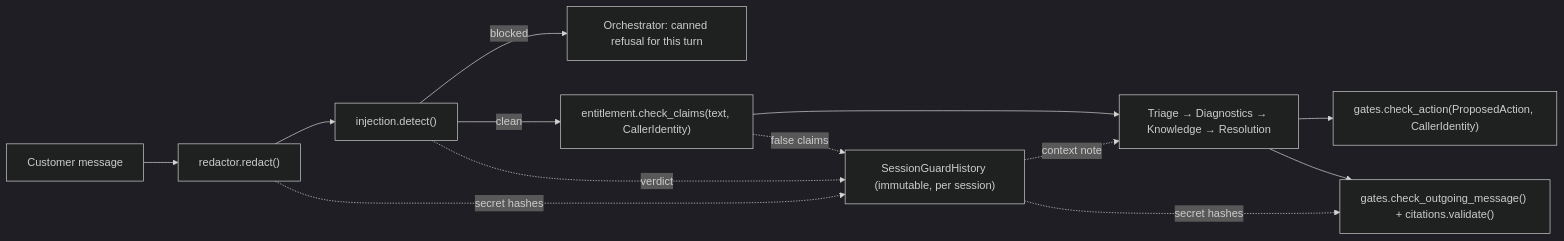
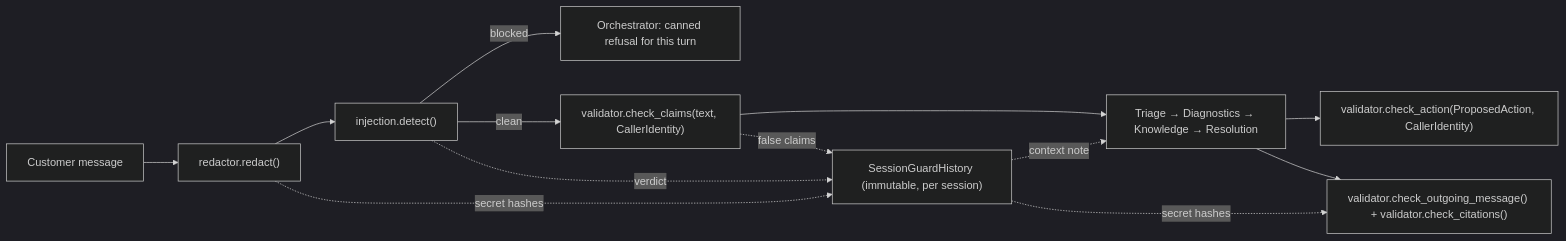
Before and after one commit to yaara-manor/cato-networks: the diagram in docs/plans/15-guardrails/design.md, drawn with Mermaid (dark theme). The commit also changed other lines of this file, not shown here.

Commit message:
docs(guardrails): consolidate post-checks into validator.py

````diff
--- a/docs/plans/15-guardrails/design.md
+++ b/docs/plans/15-guardrails/design.md
@@ -16,15 +16,15 @@
 ```mermaid
 flowchart LR
     Msg["Customer message"] --> Red["redactor.redact()"]
     Red --> Inj["injection.detect()"]
     Inj -- blocked --> Refuse["Orchestrator: canned refusal for this turn"]
-    Inj -- clean --> Ent["entitlement.check_claims(text, CallerIdentity)"]
+    Inj -- clean --> Ent["validator.check_claims(text, CallerIdentity)"]
     Ent --> Agents["Triage → Diagnostics → Knowledge → Resolution"]
-    Agents --> Act["gates.check_action(ProposedAction, CallerIdentity)"]
-    Agents --> Out["gates.check_outgoing_message() + citations.validate()"]
+    Agents --> Act["validator.check_action(ProposedAction, CallerIdentity)"]
+    Agents --> Out["validator.check_outgoing_message() + validator.check_citations()"]
     Red -. secret hashes .-> Hist["SessionGuardHistory (immutable, per session)"]
     Inj -. verdict .-> Hist
     Ent -. false claims .-> Hist
     Hist -. context note .-> Agents
     Hist -. secret hashes .-> Out
 ```
````
